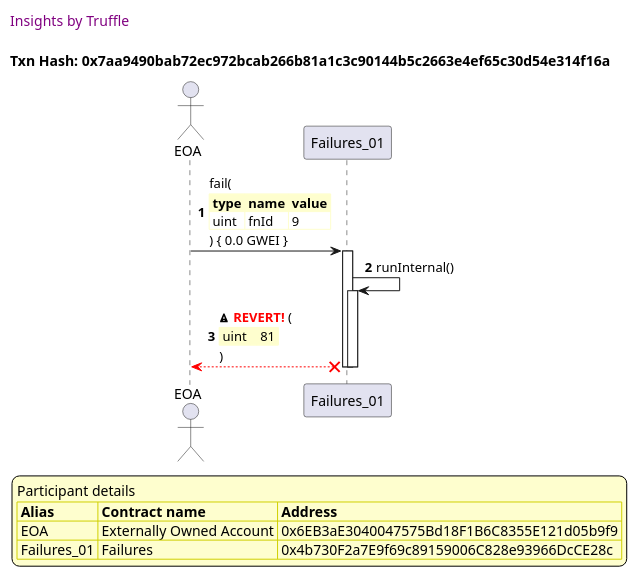
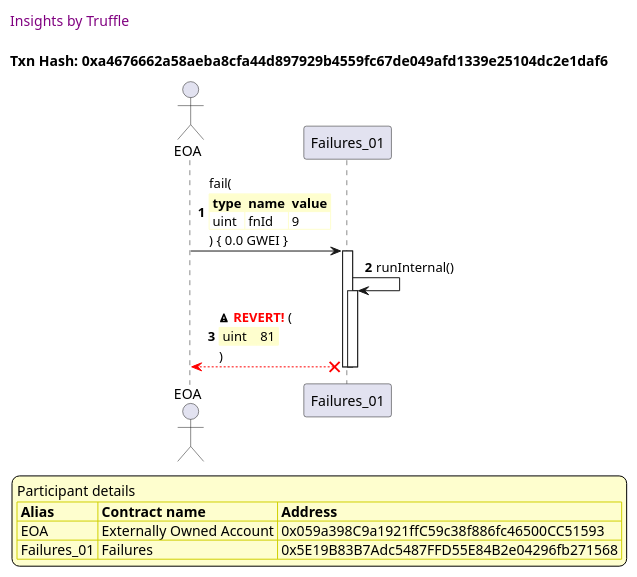
Before and after one commit to trufflesuite/txlog-seedlings: the tenth of 12 diagrams in truffle-seq/failures.test.md, drawn with PlantUML. The commit also changed other lines of this file and 8 other files, not shown here.

````diff
--- a/truffle-seq/failures.test.md
+++ b/truffle-seq/failures.test.md
@@ -1038,45 +1038,45 @@
 ```plantuml
 
 
 @startuml
 
 autonumber
 skinparam legendBackgroundColor #FEFECE
 
 <style>
       header {
         HorizontalAlignment left
         FontColor purple
         FontSize 14
         Padding 10
       }
     </style>
 
 header Insights by Truffle
 
-title Txn Hash: 0x7aa9490bab72ec972bcab266b81a1c3c90144b5c2663e4ef65c30d54e314f16a
+title Txn Hash: 0xa4676662a58aeba8cfa44d897929b4559fc67de049afd1339e25104dc2e1daf6
 
 
 actor EOA as "EOA"
 participant Failures_01 as "Failures_01"
 
 "EOA" -> "Failures_01" ++: fail(\n\
 <#FEFECE,#FEFECE>|= type |= name |= value |\n\
 | uint | fnId | 9 |\n\
 ) { 0.0 GWEI }
 "Failures_01" -> "Failures_01" ++: runInternal()
 "Failures_01" x-[#red]-> "EOA" --: <&warning> <color #red>**REVERT!**</color> (\n\
 <#FEFECE,#FEFECE>| uint |  | 81 |\n\
 )
 deactivate "Failures_01"
 deactivate "Failures_01"
 
 legend
 Participant details
 <#FEFECE,#D0D000>|= Alias |= Contract name |= Address |
-<#FEFECE>| EOA | Externally Owned Account | 0x6EB3aE3040047575Bd18F1B6C8355E121d05b9f9 |
-<#FEFECE>| Failures_01 | Failures | 0x4b730F2a7E9f69c89159006C828e93966DcCE28c |
+<#FEFECE>| EOA | Externally Owned Account | 0x059a398C9a1921ffC59c38f886fc46500CC51593 |
+<#FEFECE>| Failures_01 | Failures | 0x5E19B83B7Adc5487FFD55E84B2e04296fb271568 |
 endlegend
 
 @enduml
 ```
````
